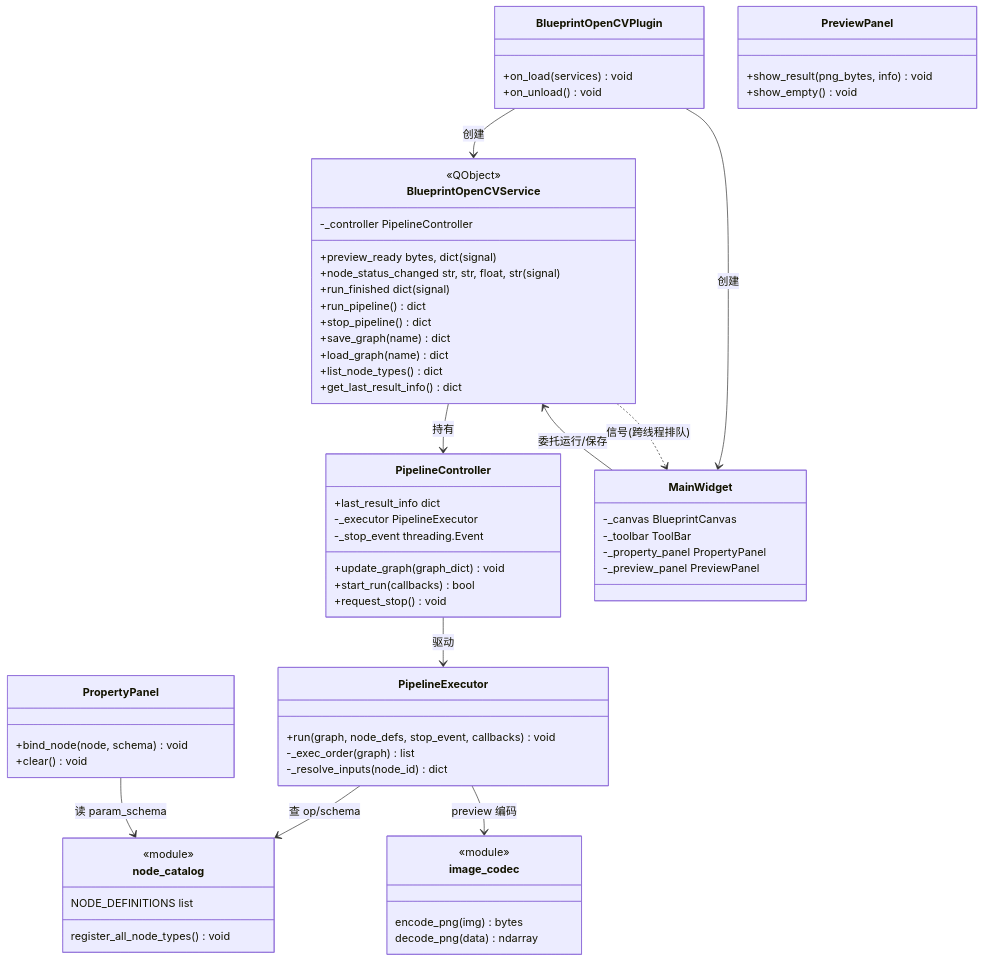
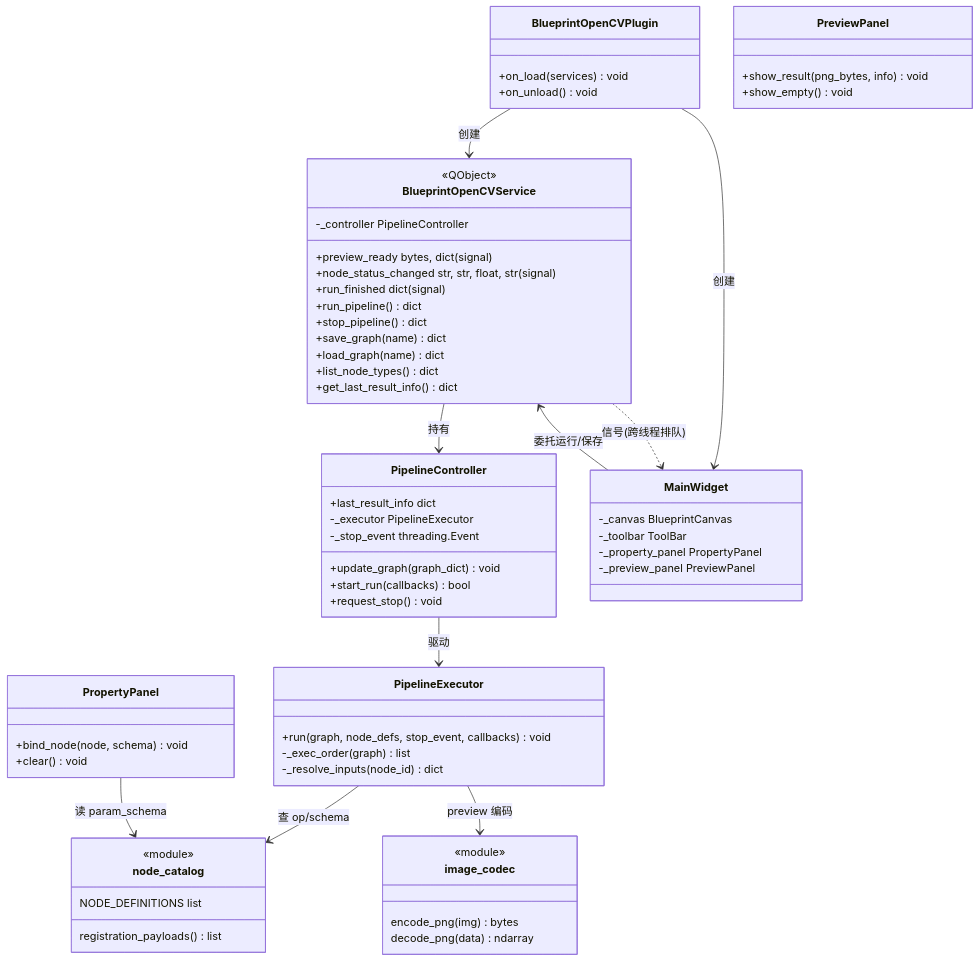
One commit to KKPIP-Tech/instructionx-debug-plugin-cluster changed the second of 4 diagrams in blueprint_opencv/docs/req/2026-07-30/SPEC-blueprint-opencv-20260730.md. Above: the diagram before and after it, drawn with Mermaid. The commit also changed other lines of this file and 3 other files, not shown here.

````diff
--- a/blueprint_opencv/docs/req/2026-07-30/SPEC-blueprint-opencv-20260730.md
+++ b/blueprint_opencv/docs/req/2026-07-30/SPEC-blueprint-opencv-20260730.md
@@ -260,67 +262,67 @@
 ```mermaid
 classDiagram
     class BlueprintOpenCVPlugin {
         +on_load(services) void
         +on_unload() void
     }
     class BlueprintOpenCVService {
         <<QObject>>
         +preview_ready bytes, dict  (signal)
         +node_status_changed str, str, float, str  (signal)
         +run_finished dict  (signal)
         +run_pipeline() dict
         +stop_pipeline() dict
         +save_graph(name) dict
         +load_graph(name) dict
         +list_node_types() dict
         +get_last_result_info() dict
         -_controller PipelineController
     }
     class PipelineController {
         +update_graph(graph_dict) void
         +start_run(callbacks) bool
         +request_stop() void
         +last_result_info dict
         -_executor PipelineExecutor
         -_stop_event threading.Event
     }
     class PipelineExecutor {
         +run(graph, node_defs, stop_event, callbacks) void
         -_exec_order(graph) list
         -_resolve_inputs(node_id) dict
     }
     class node_catalog {
         <<module>>
         NODE_DEFINITIONS list
-        register_all_node_types() void
+        registration_payloads() list
     }
     class image_codec {
         <<module>>
         encode_png(img) bytes
         decode_png(data) ndarray
     }
     class MainWidget {
         -_canvas BlueprintCanvas
         -_toolbar ToolBar
         -_property_panel PropertyPanel
         -_preview_panel PreviewPanel
     }
     class PropertyPanel {
         +bind_node(node, schema) void
         +clear() void
     }
     class PreviewPanel {
         +show_result(png_bytes, info) void
         +show_empty() void
     }
 
     BlueprintOpenCVPlugin --> BlueprintOpenCVService : 创建
     BlueprintOpenCVPlugin --> MainWidget : 创建
     MainWidget --> BlueprintOpenCVService : 委托运行/保存
     BlueprintOpenCVService --> PipelineController : 持有
     PipelineController --> PipelineExecutor : 驱动
     PipelineExecutor --> node_catalog : 查 op/schema
     PipelineExecutor --> image_codec : preview 编码
     BlueprintOpenCVService ..> MainWidget : 信号(跨线程排队)
     PropertyPanel --> node_catalog : 读 param_schema
 ```
````
